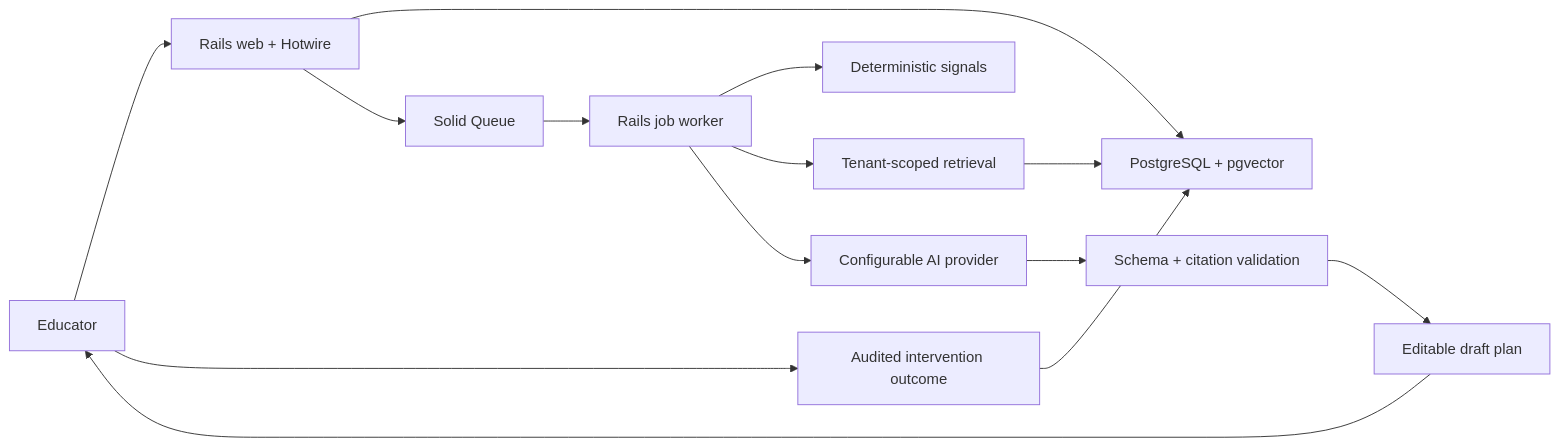
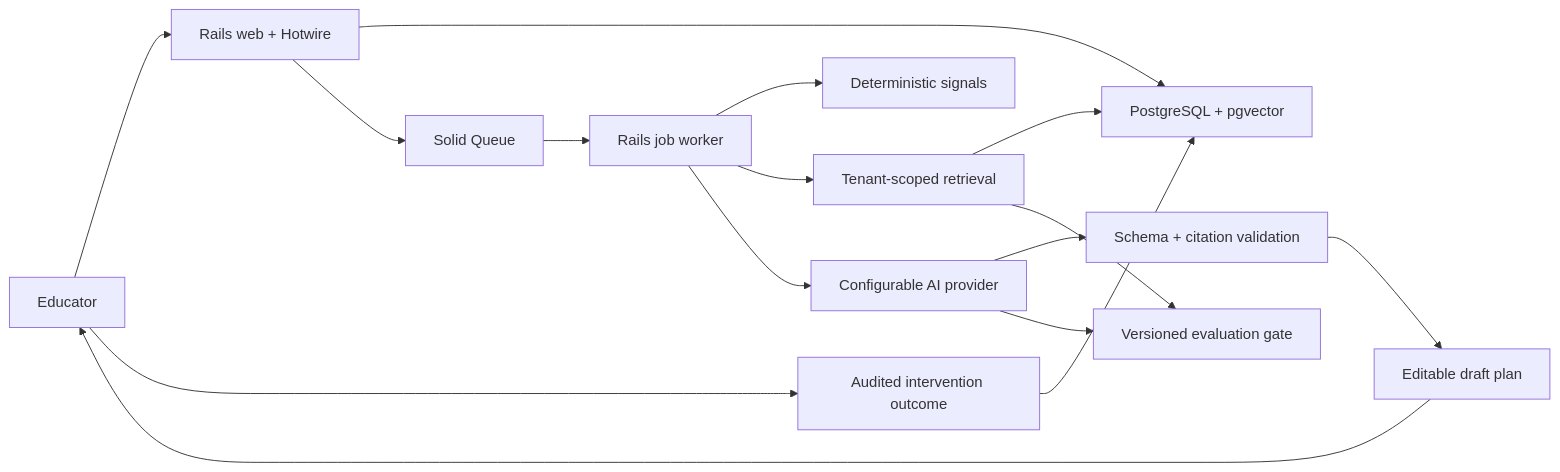
Before and after one commit to drewlshoaf/learningsignal: the diagram in docs/architecture/overview.md, drawn with Mermaid. The commit also changed other lines of this file and 34 other files, not shown here.

````diff
--- a/docs/architecture/overview.md
+++ b/docs/architecture/overview.md
@@ -5,16 +5,18 @@
 ```mermaid
 flowchart LR
   Teacher["Educator"] --> Web["Rails web + Hotwire"]
   Web --> DB["PostgreSQL + pgvector"]
   Web --> Queue["Solid Queue"]
   Queue --> Worker["Rails job worker"]
   Worker --> Detection["Deterministic signals"]
   Worker --> Retrieval["Tenant-scoped retrieval"]
   Retrieval --> DB
   Worker --> Provider["Configurable AI provider"]
   Provider --> Validation["Schema + citation validation"]
+  Provider --> Evaluation["Versioned evaluation gate"]
+  Retrieval --> Evaluation
   Validation --> Draft["Editable draft plan"]
   Draft --> Teacher
   Teacher --> Outcome["Audited intervention outcome"]
   Outcome --> DB
 ```
````
